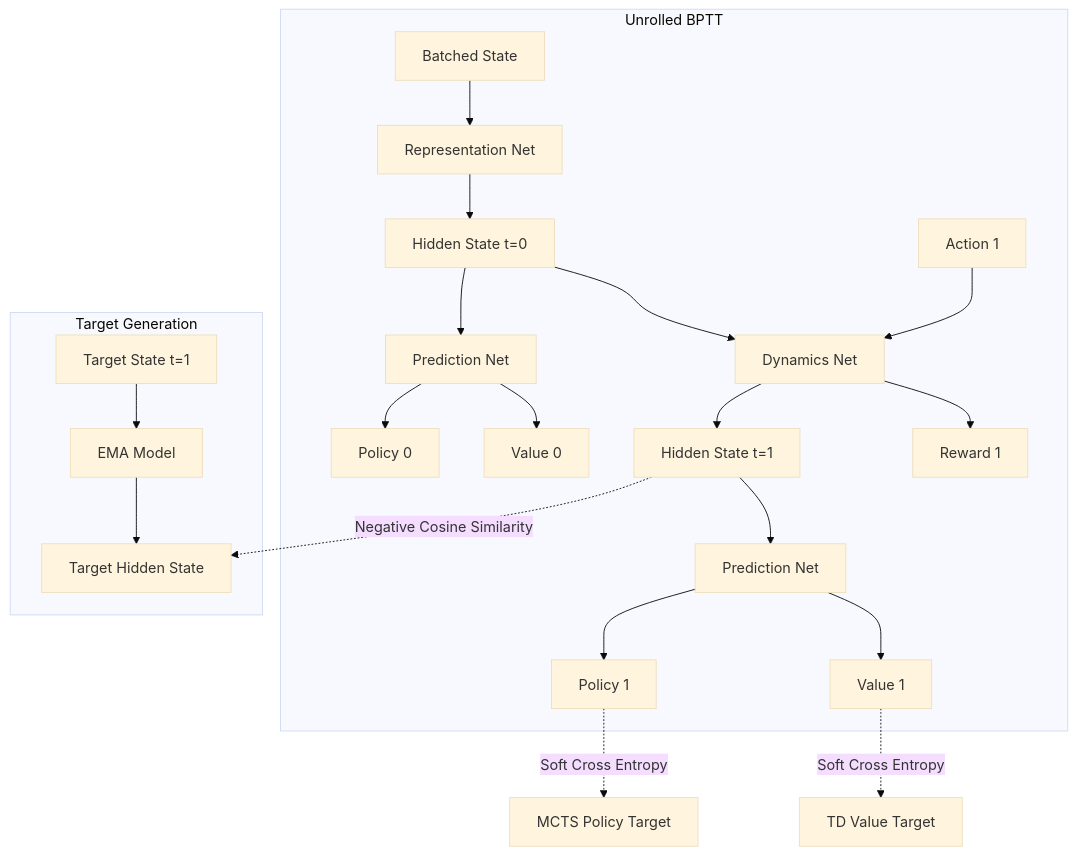
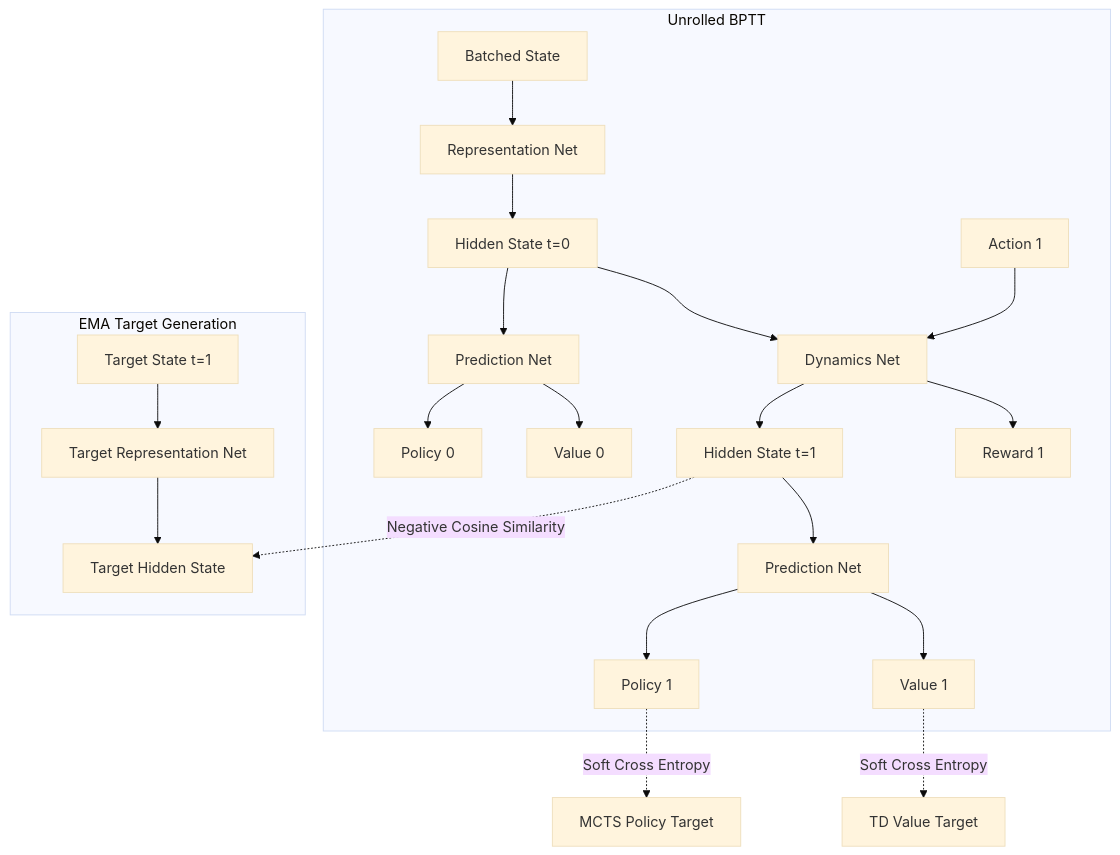
The fifth of 5 diagrams in README.md (lguibr/tricked), drawn with Mermaid (base theme) before and after one commit. The commit also changed other lines of this file and 3 other files, not shown here.

Commit message:
feat: implement immediate inference request processing and optimize thread shutdown sequence for straggler requests

````diff
--- a/README.md
+++ b/README.md
@@ -156,24 +137,24 @@
 ```mermaid
 graph TD
     subgraph Unrolled BPTT
         S0[Batched State] --> Rep[Representation Net]
         Rep --> H0[Hidden State t=0]
         H0 --> Pred0[Prediction Net]
         Pred0 --> P0[Policy 0] & V0[Value 0]
         
         H0 & A1[Action 1] --> Dyn1[Dynamics Net]
         Dyn1 --> H1[Hidden State t=1] & R1[Reward 1]
         H1 --> Pred1[Prediction Net]
         Pred1 --> P1[Policy 1] & V1[Value 1]
     end
     
-    subgraph Target Generation
-        EMA[EMA Model]
+    subgraph EMA Target Generation
+        EMA[Target Representation Net]
         S1[Target State t=1] --> EMA
         EMA --> TH1[Target Hidden State]
     end
     
     H1 -.->|Negative Cosine Similarity| TH1
     P1 -.->|Soft Cross Entropy| MCTS_P[MCTS Policy Target]
     V1 -.->|Soft Cross Entropy| TD_V[TD Value Target]
 ```
````
